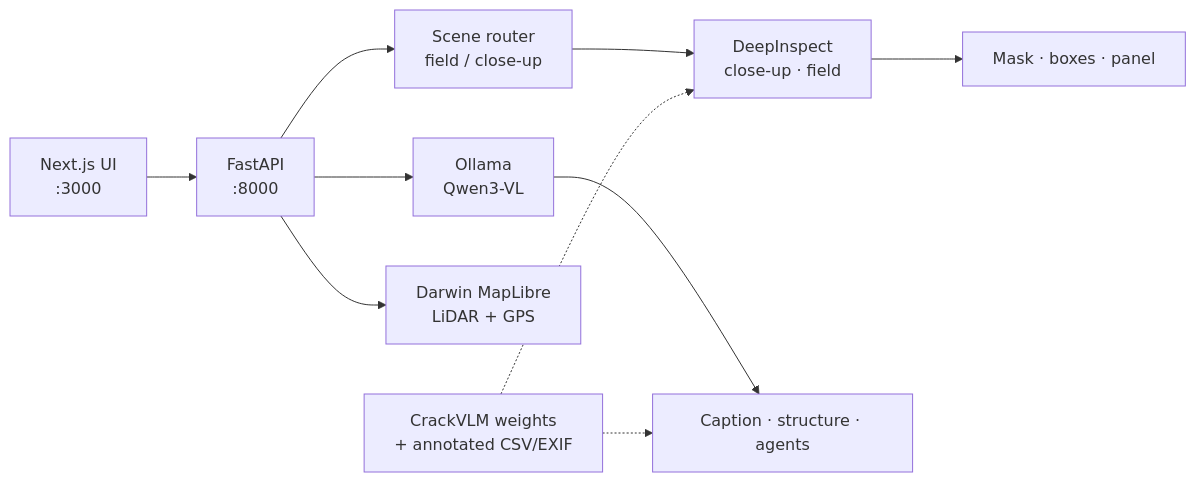
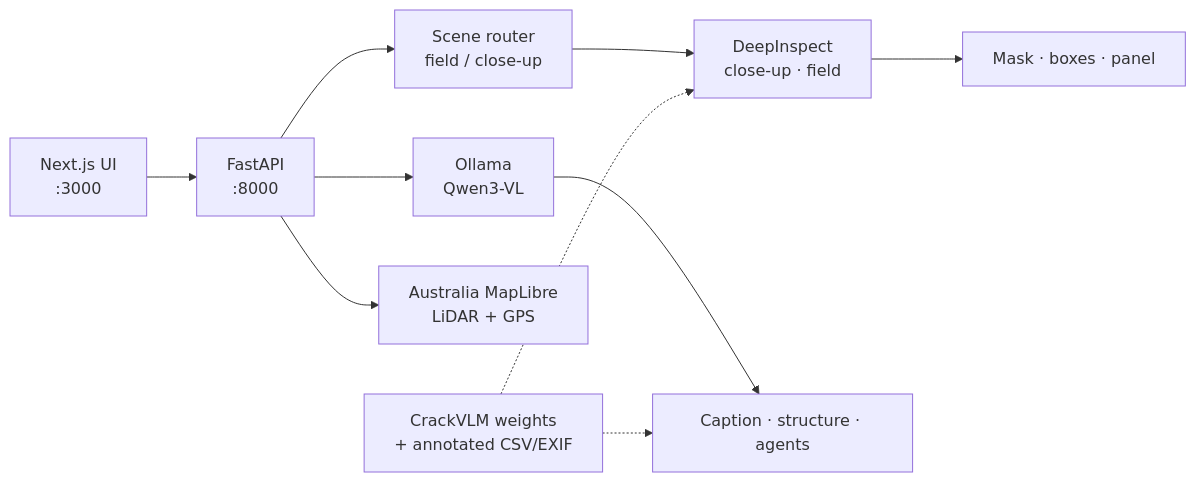
Before and after one commit to Hungdoan103/CrackSight: the diagram in README.md, drawn with Mermaid. The commit also changed other lines of this file and 6 other files, not shown here.

Commit message:
Rename Darwin branding to Australia in docs and UI copy.

````diff
--- a/README.md
+++ b/README.md
@@ -54,12 +54,12 @@
 ```mermaid
 flowchart LR
   UI["Next.js UI\n:3000"] --> API["FastAPI\n:8000"]
   API --> Route["Scene router\nfield / close-up"]
   Route --> DI["DeepInspect\nclose-up · field"]
   DI --> Overlay["Mask · boxes · panel"]
   API --> VLM["Ollama\nQwen3-VL"]
   VLM --> Report["Caption · structure · agents"]
-  API --> Map["Darwin MapLibre\nLiDAR + GPS"]
+  API --> Map["Australia MapLibre\nLiDAR + GPS"]
   Meta["CrackVLM weights\n+ annotated CSV/EXIF"] -.-> DI
   Meta -.-> Report
 ```
````
